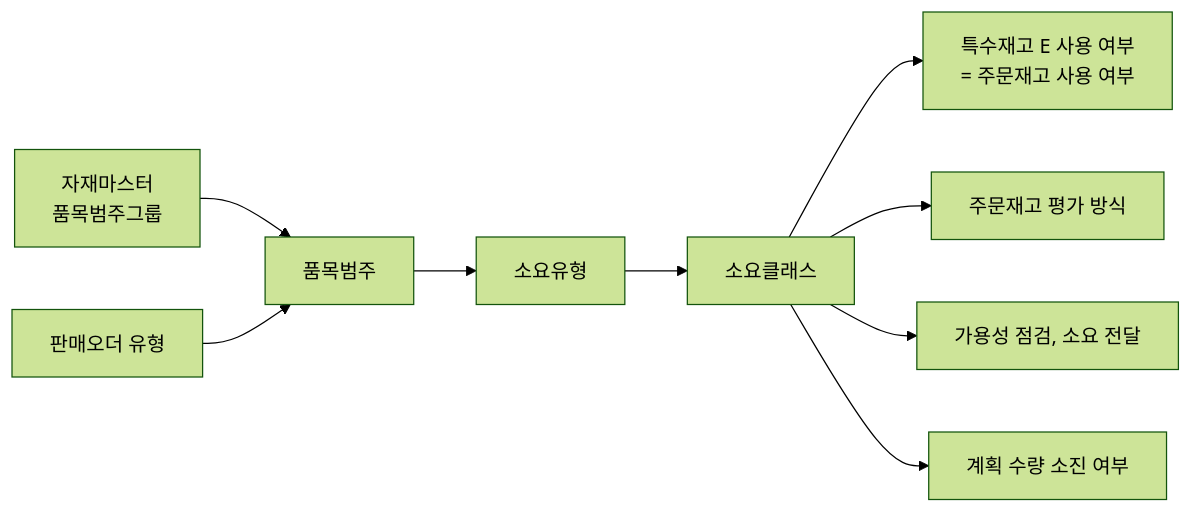
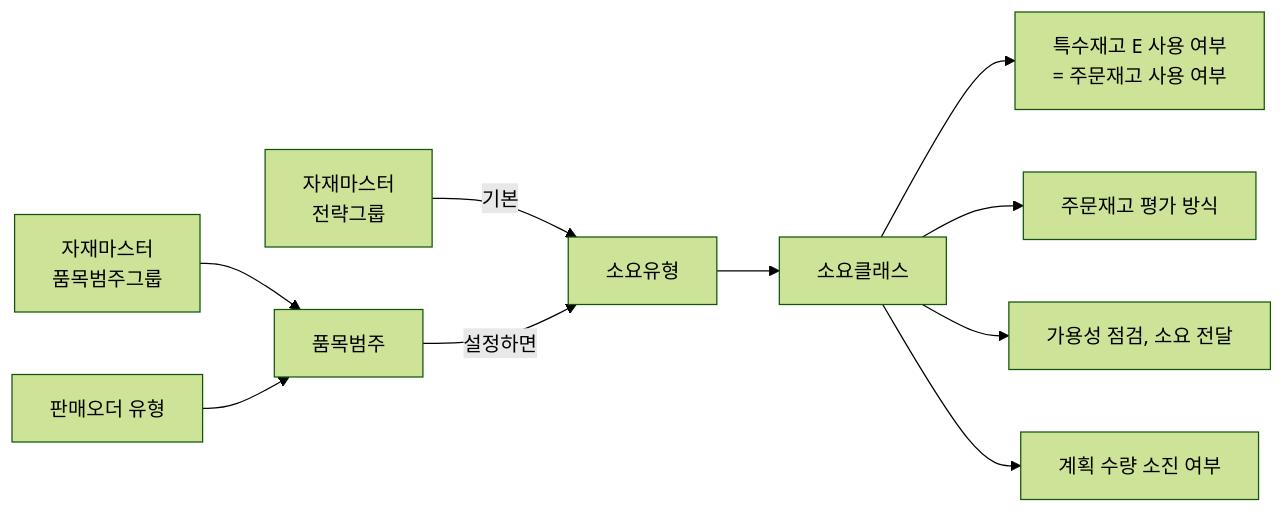
The third of 11 diagrams in docs/mto-mts-hybrid-analysis.md (donseok/mes-to-be-doc), drawn with Mermaid (forest theme) before and after one commit. The commit also changed other lines of this file and 6 other files, not shown here.

````diff
--- a/docs/mto-mts-hybrid-analysis.md
+++ b/docs/mto-mts-hybrid-analysis.md
@@ -140,11 +140,12 @@
 ```mermaid
 flowchart LR
   M["자재마스터<br/>품목범주그룹"] --> IC
   OT["판매오더 유형"] --> IC["품목범주"]
-  IC --> RT["소요유형"]
+  SG["자재마스터<br/>전략그룹"] -->|"기본"| RT
+  IC -->|"설정하면"| RT["소요유형"]
   RT --> RC["소요클래스"]
   RC --> R1["특수재고 E 사용 여부<br/>= 주문재고 사용 여부"]
   RC --> R2["주문재고 평가 방식"]
   RC --> R3["가용성 점검, 소요 전달"]
   RC --> R4["계획 수량 소진 여부"]
 ```
````
